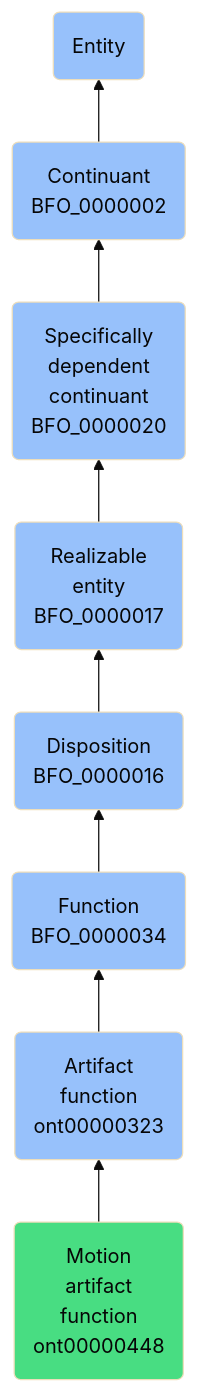
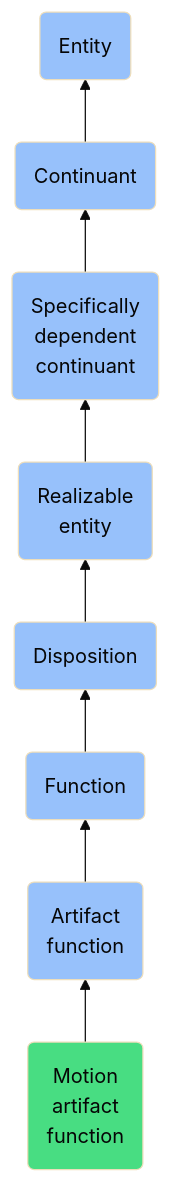
One commit to jupyter-naas/abi changed the diagram in docs/ontology/reference/model/Entity/Continuant/Specifically dependent continuant/Realizable entity/Disposition/Function/Artifact function/Motion artifact function/Motion artifact function.md. Above: the diagram before and after it, drawn with Mermaid (base theme). The commit also changed other lines of this file and 1430 other files, not shown here.

````diff
--- a/docs/ontology/reference/model/Entity/Continuant/Specifically dependent continuant/Realizable entity/Disposition/Function/Artifact function/Motion artifact function/Motion artifact function.md
+++ b/docs/ontology/reference/model/Entity/Continuant/Specifically dependent continuant/Realizable entity/Disposition/Function/Artifact function/Motion artifact function/Motion artifact function.md
@@ -24,15 +24,15 @@
 ```mermaid
 graph BT
-    ont00000448(Motion<br>artifact<br>function<br>ont00000448):::ABI-->ont00000323
-    ont00000323(Artifact<br>function<br>ont00000323):::BFO-->BFO_0000034
-    BFO_0000034(Function<br>BFO_0000034):::BFO-->BFO_0000016
-    BFO_0000016(Disposition<br>BFO_0000016):::BFO-->BFO_0000017
-    BFO_0000017(Realizable<br>entity<br>BFO_0000017):::BFO-->BFO_0000020
-    BFO_0000020(Specifically<br>dependent<br>continuant<br>BFO_0000020):::BFO-->BFO_0000002
-    BFO_0000002(Continuant<br>BFO_0000002):::BFO-->BFO_0000001
+    ont00000448(Motion<br>artifact<br>function):::ABI-->ont00000323
+    ont00000323(Artifact<br>function):::BFO-->BFO_0000034
+    BFO_0000034(Function):::BFO-->BFO_0000016
+    BFO_0000016(Disposition):::BFO-->BFO_0000017
+    BFO_0000017(Realizable<br>entity):::BFO-->BFO_0000020
+    BFO_0000020(Specifically<br>dependent<br>continuant):::BFO-->BFO_0000002
+    BFO_0000002(Continuant):::BFO-->BFO_0000001
     BFO_0000001(Entity):::BFO
     
     classDef BFO fill:#97c1fb,color:#060606
     classDef CCO fill:#e4c51e,color:#060606
     classDef ABI fill:#48DD82,color:#060606
 ```
````
